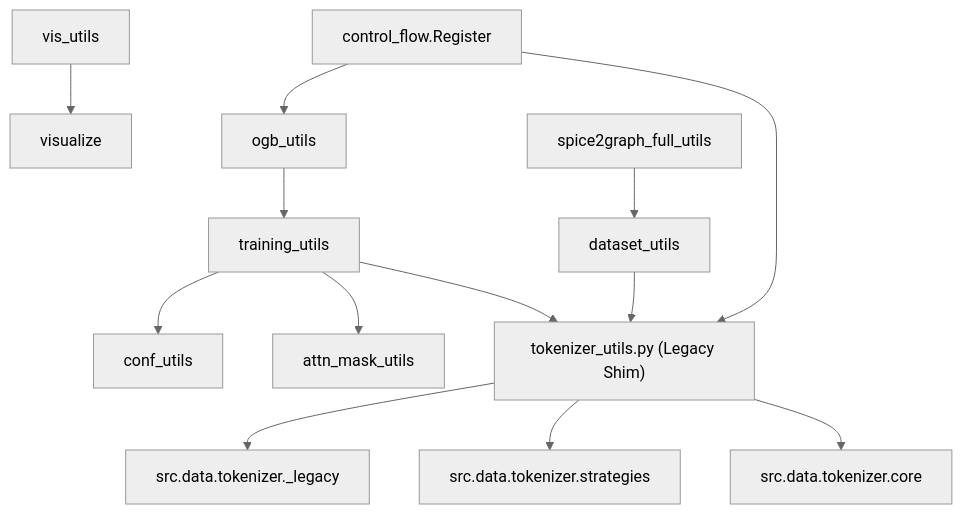
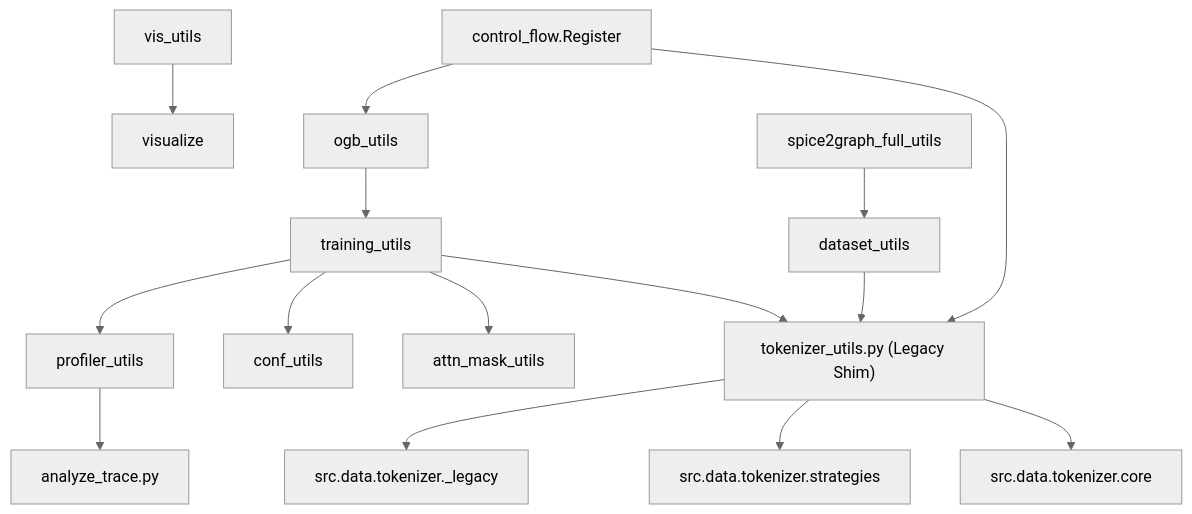
The third of 3 diagrams in .qoder/repowiki/en/content/Utility Functions/Utility Functions.md (alibaba/graph-gpt), drawn with Mermaid (neutral theme) before and after one commit. The commit also changed other lines of this file and 6 other files, not shown here.

````diff
--- a/.qoder/repowiki/en/content/Utility Functions/Utility Functions.md
+++ b/.qoder/repowiki/en/content/Utility Functions/Utility Functions.md
@@ -428,15 +516,17 @@
 ```mermaid
 graph TB
 CF["control_flow.Register"] --> TU["tokenizer_utils.py (Legacy Shim)"]
 TU --> T1["src.data.tokenizer.core"]
 TU --> T2["src.data.tokenizer.strategies"]
 TU --> T3["src.data.tokenizer._legacy"]
 CF --> OU["ogb_utils"]
 TR["training_utils"] --> TU
 TR --> AMU["attn_mask_utils"]
 TR --> CU["conf_utils"]
+TR --> PR["profiler_utils"]
 DU["dataset_utils"] --> TU
 OU --> TR
 VI["vis_utils"] --> VL["visualize"]
 SU["spice2graph_full_utils"] --> DU
+PR --> TA["analyze_trace.py"]
 ```
````
